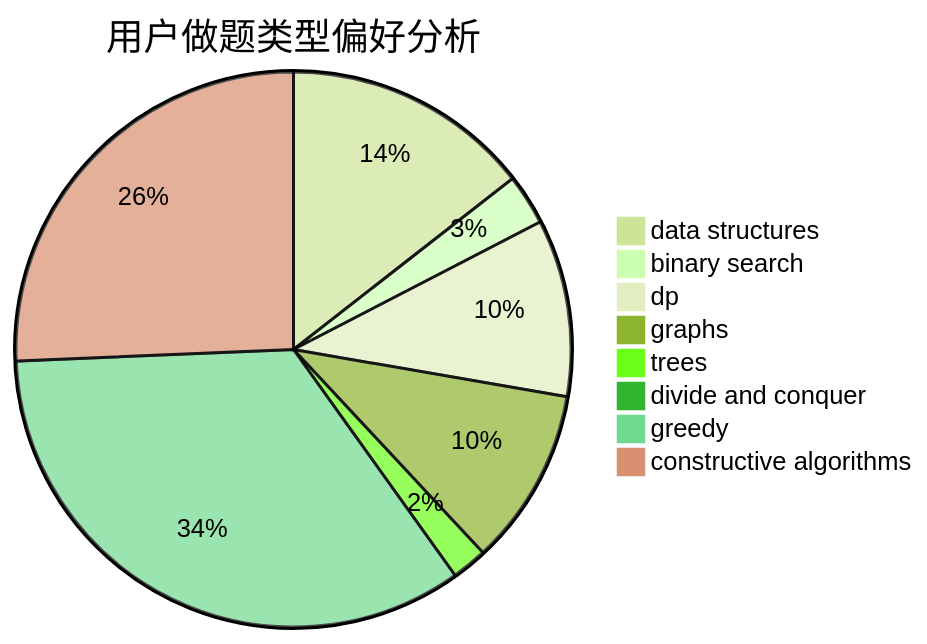
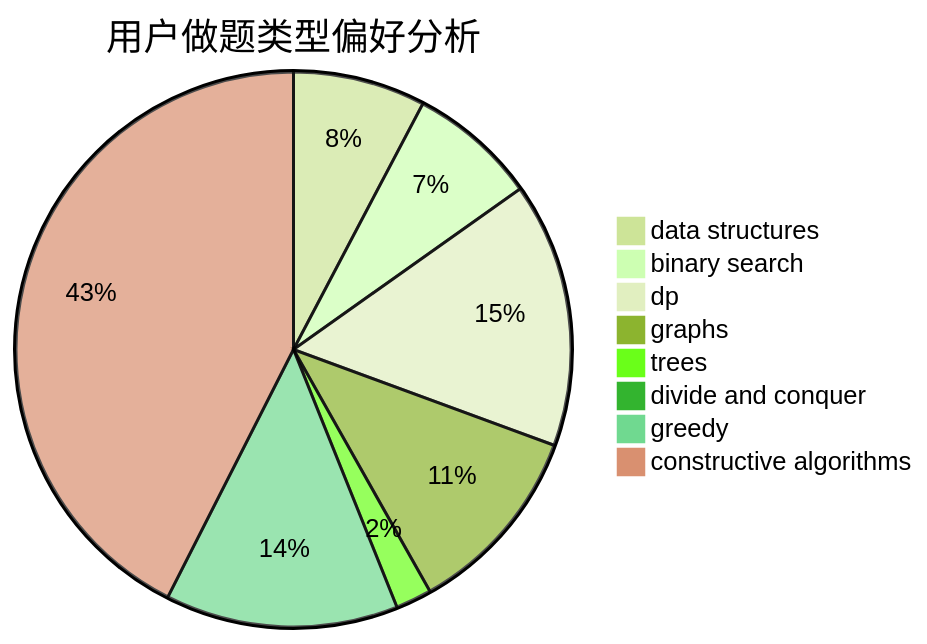
The second of 3 diagrams in docs/user/u1147.md (sherpahu/cfrs.github.io), drawn with Mermaid (forest theme) before and after one commit. The commit also changed other lines of this file and 2770 other files, not shown here.

````diff
--- a/docs/user/u1147.md
+++ b/docs/user/u1147.md
@@ -23,11 +23,11 @@
 ```mermaid
 pie title 用户做题类型偏好分析
-    "data structures" :  49
-    "binary search" :  10
-    "dp" :  35
-    "graphs" :  35
-    "trees" :  7
+    "data structures" :  33
+    "binary search" :  32
+    "dp" :  66
+    "graphs" :  48
+    "trees" :  9
     "divide and conquer" :  0
-    "greedy" :  116
-    "constructive algorithms" :  87
+    "greedy" :  58
+    "constructive algorithms" :  182
 ```
````
